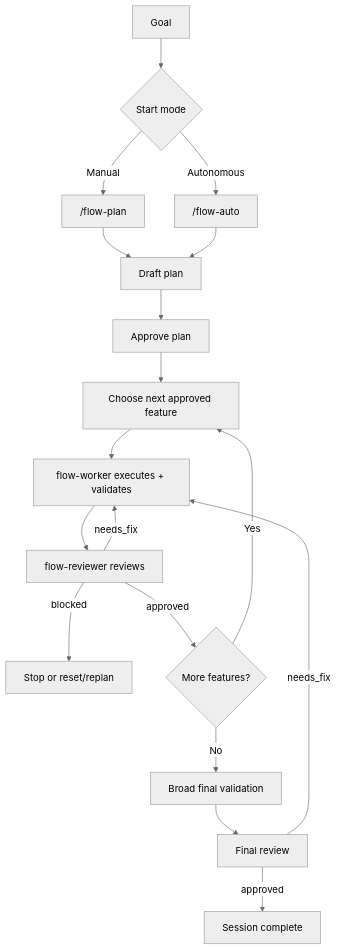
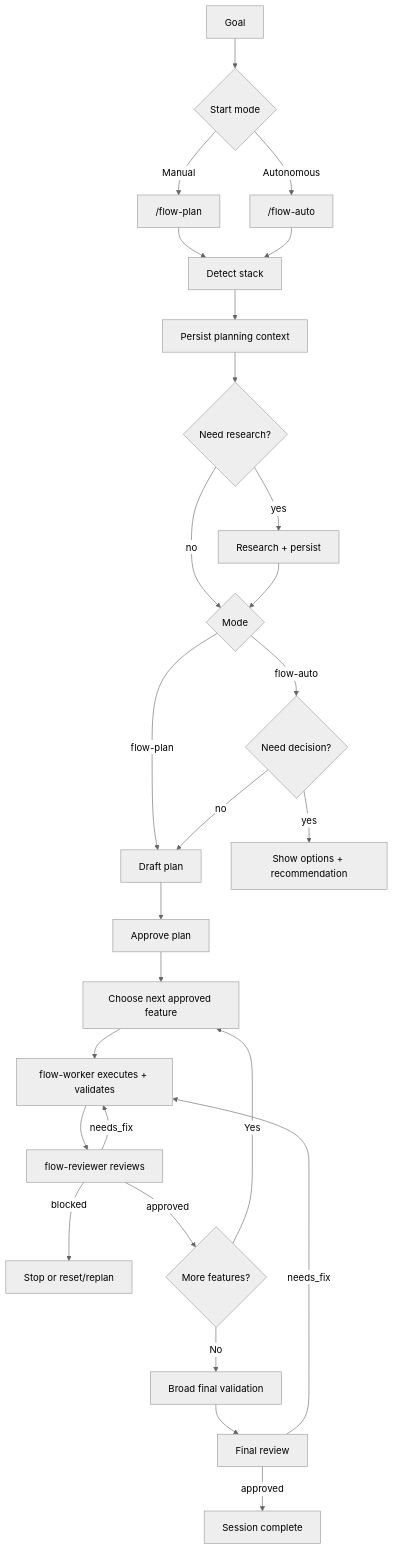
One commit to ddv1982/flow-opencode changed the diagram in README.md. Above: the diagram before and after it, drawn with Mermaid (neutral theme). The commit also changed other lines of this file and 15 other files, not shown here.

Commit message:
m6-release-1.0.3-planning-context-and-auto-decision-gate: persist research context deterministically

````diff
--- a/README.md
+++ b/README.md
@@ -114,21 +120,29 @@
 ```mermaid
 flowchart TD
     A[Goal] --> B{Start mode}
     B -->|Manual| C["/flow-plan"]
     B -->|Autonomous| D["/flow-auto"]
-
-    C --> E[Draft plan]
+    C --> E[Detect stack]
     D --> E
-    E --> F[Approve plan]
-    F --> G[Choose next approved feature]
-    G --> H[flow-worker executes + validates]
-    H --> I[flow-reviewer reviews]
-    I -->|needs_fix| H
-    I -->|blocked| J[Stop or reset/replan]
-    I -->|approved| K{More features?}
-    K -->|Yes| G
-    K -->|No| L[Broad final validation]
-    L --> M[Final review]
-    M -->|needs_fix| H
-    M -->|approved| N[Session complete]
+    E --> F[Persist planning context]
+    F --> G{Need research?}
+    G -->|yes| H[Research + persist]
+    G -->|no| I{Mode}
+    H --> I
+    I -->|flow-plan| J[Draft plan]
+    I -->|flow-auto| K{Need decision?}
+    K -->|yes| L[Show options + recommendation]
+    K -->|no| J
+    J --> M[Approve plan]
+    M --> N[Choose next approved feature]
+    N --> O[flow-worker executes + validates]
+    O --> P[flow-reviewer reviews]
+    P -->|needs_fix| O
+    P -->|blocked| Q[Stop or reset/replan]
+    P -->|approved| R{More features?}
+    R -->|Yes| N
+    R -->|No| S[Broad final validation]
+    S --> T[Final review]
+    T -->|needs_fix| O
+    T -->|approved| U[Session complete]
 ```
````
